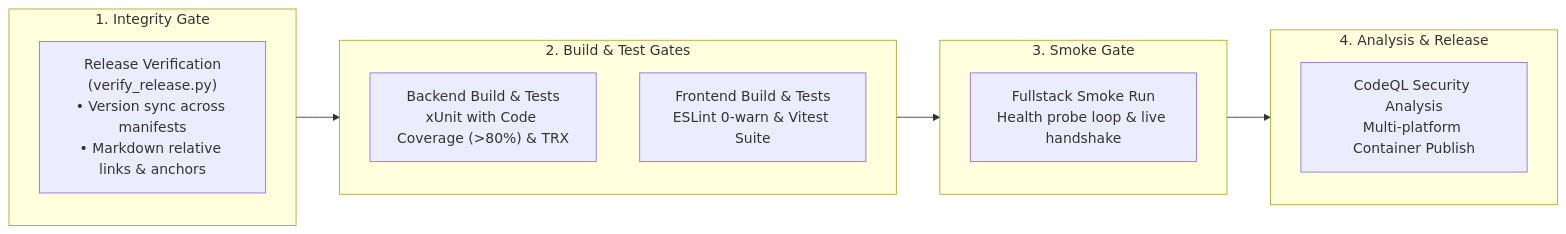
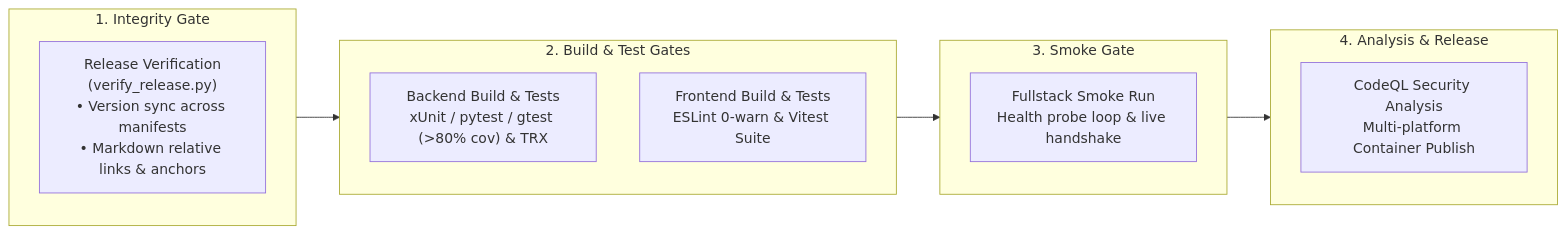
Before and after one commit to spelech/AgenticEngineeringToolbelt: the third of 3 diagrams in standards/ENGINEERING_STYLE_GUIDE.md, drawn with Mermaid. The commit also changed other lines of this file and 1 other file, not shown here.

````diff
--- a/standards/ENGINEERING_STYLE_GUIDE.md
+++ b/standards/ENGINEERING_STYLE_GUIDE.md
@@ -186,20 +152,20 @@
 ```mermaid
 flowchart LR
     subgraph S1["1. Integrity Gate"]
         G1["Release Verification<br>(verify_release.py)<br>• Version sync across manifests<br>• Markdown relative links & anchors"]
     end
     subgraph S2["2. Build & Test Gates"]
-        G2A["Backend Build & Tests<br>xUnit with Code Coverage (>80%) & TRX"]
+        G2A["Backend Build & Tests<br>xUnit / pytest / gtest (>80% cov) & TRX"]
         G2B["Frontend Build & Tests<br>ESLint 0-warn & Vitest Suite"]
     end
     subgraph S3["3. Smoke Gate"]
         G3["Fullstack Smoke Run<br>Health probe loop & live handshake"]
     end
     subgraph S4["4. Analysis & Release"]
         G4["CodeQL Security Analysis<br>Multi-platform Container Publish"]
     end
 
     S1 --> S2
     S2 --> S3
     S3 --> S4
 ```
````
